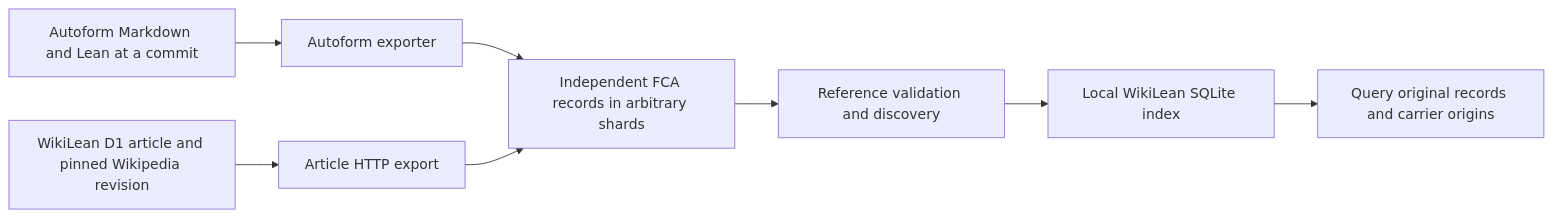
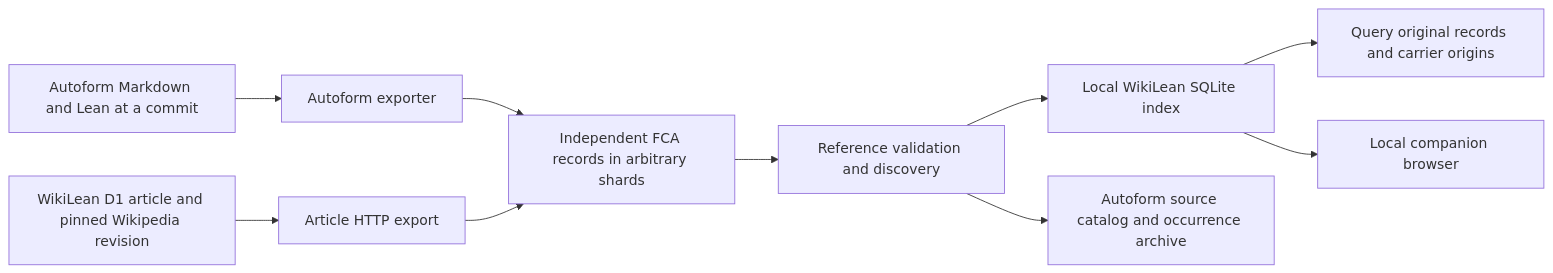
The diagram in docs/COMPANION-INTEGRATION.md (Deicyde/WikiLean), drawn with Mermaid before and after one commit. The commit also changed other lines of this file and 8 other files, not shown here.

Commit message:
Connect local companion workspace across Autoform and WikiLean

````diff
--- a/docs/COMPANION-INTEGRATION.md
+++ b/docs/COMPANION-INTEGRATION.md
@@ -9,10 +12,12 @@
 ```mermaid
 flowchart LR
   A[Autoform Markdown and Lean at a commit] --> E[Autoform exporter]
   W[WikiLean D1 article and pinned Wikipedia revision] --> H[Article HTTP export]
   E --> S[Independent FCA records in arbitrary shards]
   H --> S
   S --> V[Reference validation and discovery]
   V --> Q[Local WikiLean SQLite index]
   Q --> R[Query original records and carrier origins]
+  Q --> B[Local companion browser]
+  V --> C[Autoform source catalog and occurrence archive]
 ```
````
